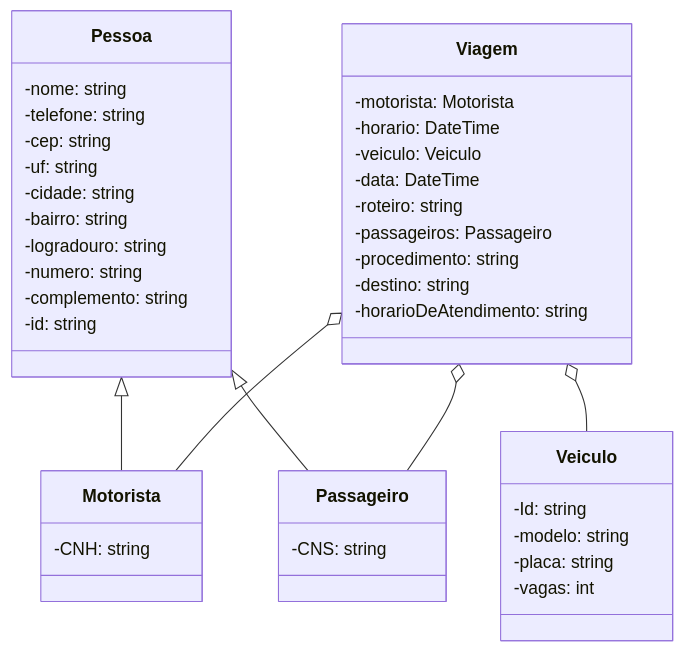
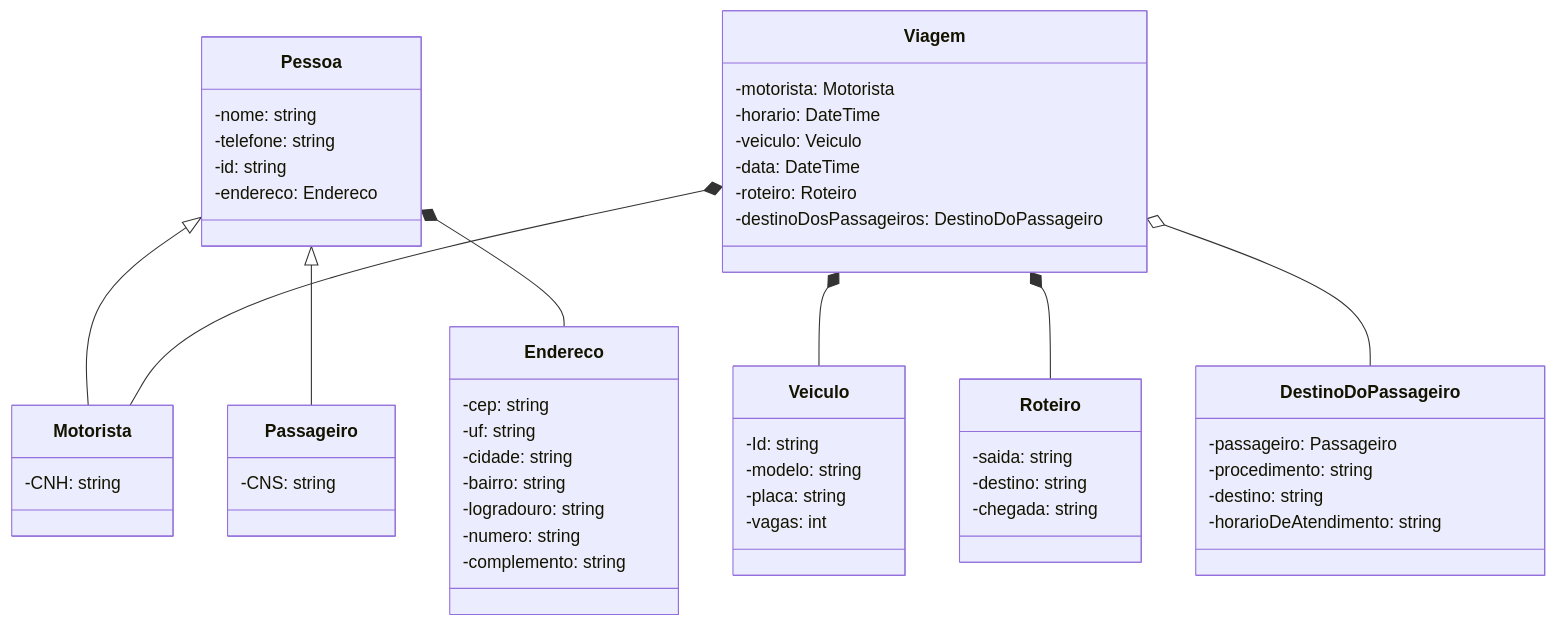
Before and after one commit to KleitonMQ/CONTRAVI: the first of 2 diagrams in README.md, drawn with Mermaid. The commit also changed 10 other files, not shown here.

````diff
--- a/README.md
+++ b/README.md
@@ -6,49 +6,65 @@
 ```mermaid
 classDiagram
     Pessoa <|-- Motorista
     Pessoa <|-- Passageiro
     
     class Pessoa {
         -nome: string
         -telefone: string
+        -id: string
+        -endereco: Endereco
+    }
+
+    class Endereco {
         -cep: string
         -uf: string
         -cidade: string
         -bairro: string
         -logradouro: string
         -numero: string
         -complemento: string
-        -id: string
     }
 
     class Motorista {
         -CNH: string
     }
 
     class Passageiro {
         -CNS: string
     }
 
     class Veiculo {
         -Id: string
         -modelo: string
         -placa: string
         -vagas: int
     }
 
     class Viagem {
         -motorista: Motorista
         -horario: DateTime
         -veiculo: Veiculo
         -data: DateTime
-        -roteiro: string
-        -passageiros: Passageiro
+        -roteiro: Roteiro
+        -destinoDosPassageiros: DestinoDoPassageiro
+    }
+
+    class DestinoDoPassageiro {
+        -passageiro: Passageiro
         -procedimento: string
         -destino: string
         -horarioDeAtendimento: string
     }
 
-    Viagem o-- Veiculo
-    Viagem o-- Motorista
-    Viagem o-- Passageiro
+    class Roteiro {
+        -saida: string
+        -destino: string
+        -chegada: string
+    } 
+
+    Pessoa *-- Endereco
+    Viagem *-- Veiculo
+    Viagem *-- Motorista
+    Viagem *-- Roteiro
+    Viagem o-- DestinoDoPassageiro
 ```
````
